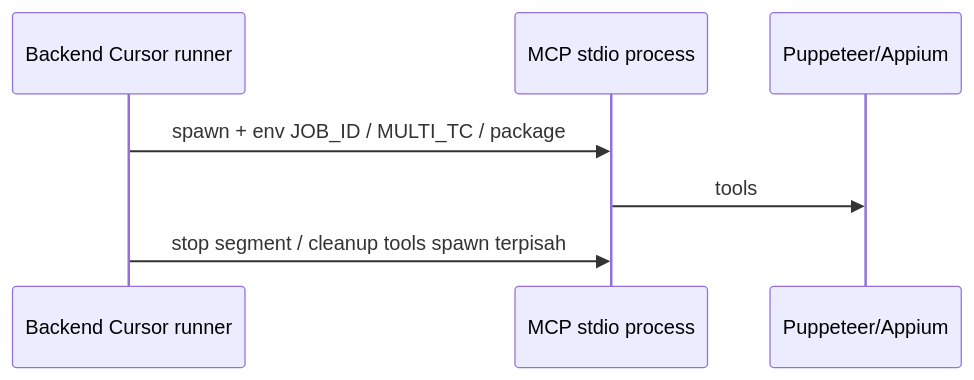
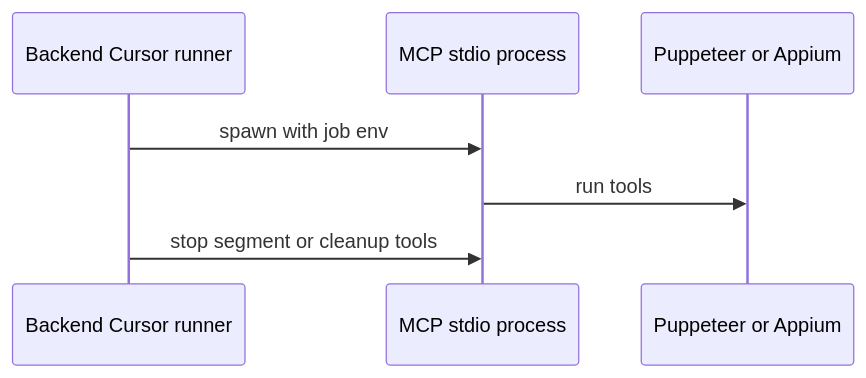
Before and after one commit to fikriknitto/knitto-agent-automation: the diagram in docs/mcp.md, drawn with Mermaid. The commit also changed other lines of this file and 17 other files, not shown here.

````diff
--- a/docs/mcp.md
+++ b/docs/mcp.md
@@ -125,9 +125,9 @@
 ```mermaid
 sequenceDiagram
     participant BE as Backend Cursor runner
     participant Child as MCP stdio process
-    participant Driver as Puppeteer/Appium
-    BE->>Child: spawn + env JOB_ID / MULTI_TC / package
-    Child->>Driver: tools
-    BE->>Child: stop segment / cleanup tools spawn terpisah
+    participant Driver as Puppeteer or Appium
+    BE->>Child: spawn with job env
+    Child->>Driver: run tools
+    BE->>Child: stop segment or cleanup tools
 ```
````
